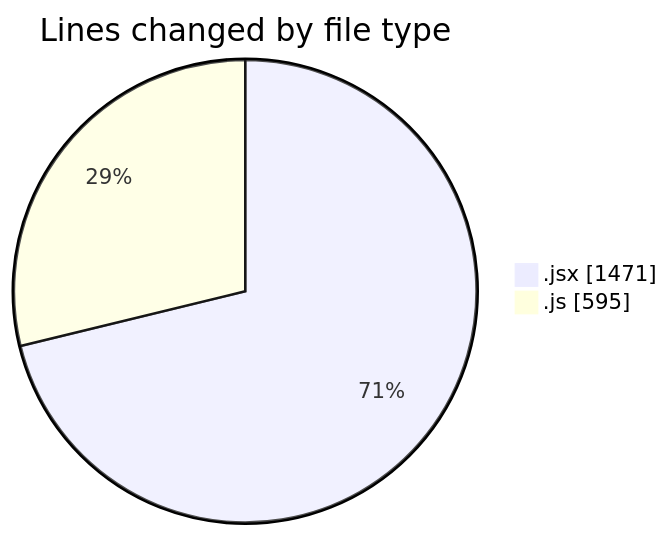
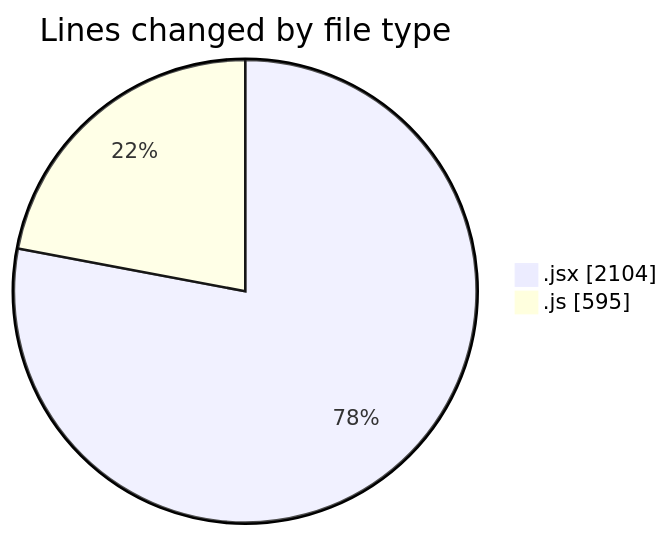
The first of 2 diagrams in 2025-06-30/argos/README.md (nxtqubesakshisongat/code-tracking), drawn with Mermaid before and after one commit. The commit also changed other lines of this file and 1 other file, not shown here.

````diff
--- a/2025-06-30/argos/README.md
+++ b/2025-06-30/argos/README.md
@@ -27,6 +28,6 @@
 ```mermaid
 pie showData
 title Lines changed by file type
-".jsx" : 1471
+".jsx" : 2104
 ".js" : 595
 ```
````
